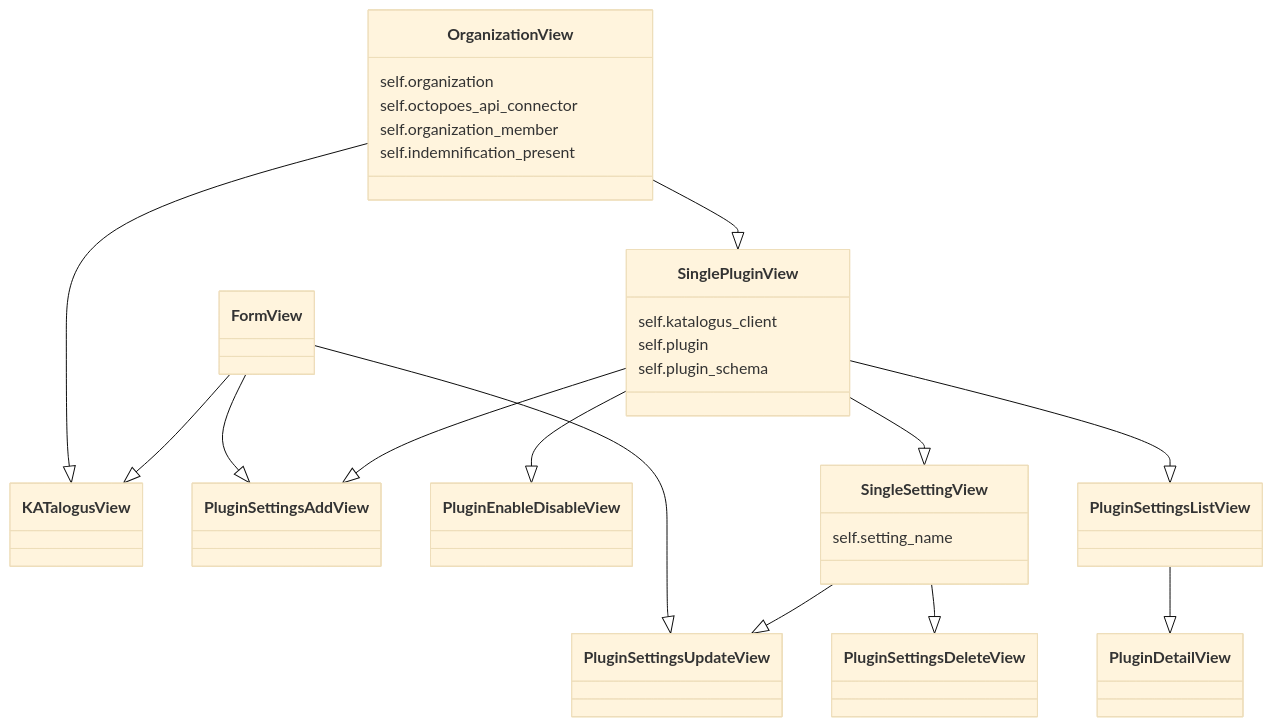
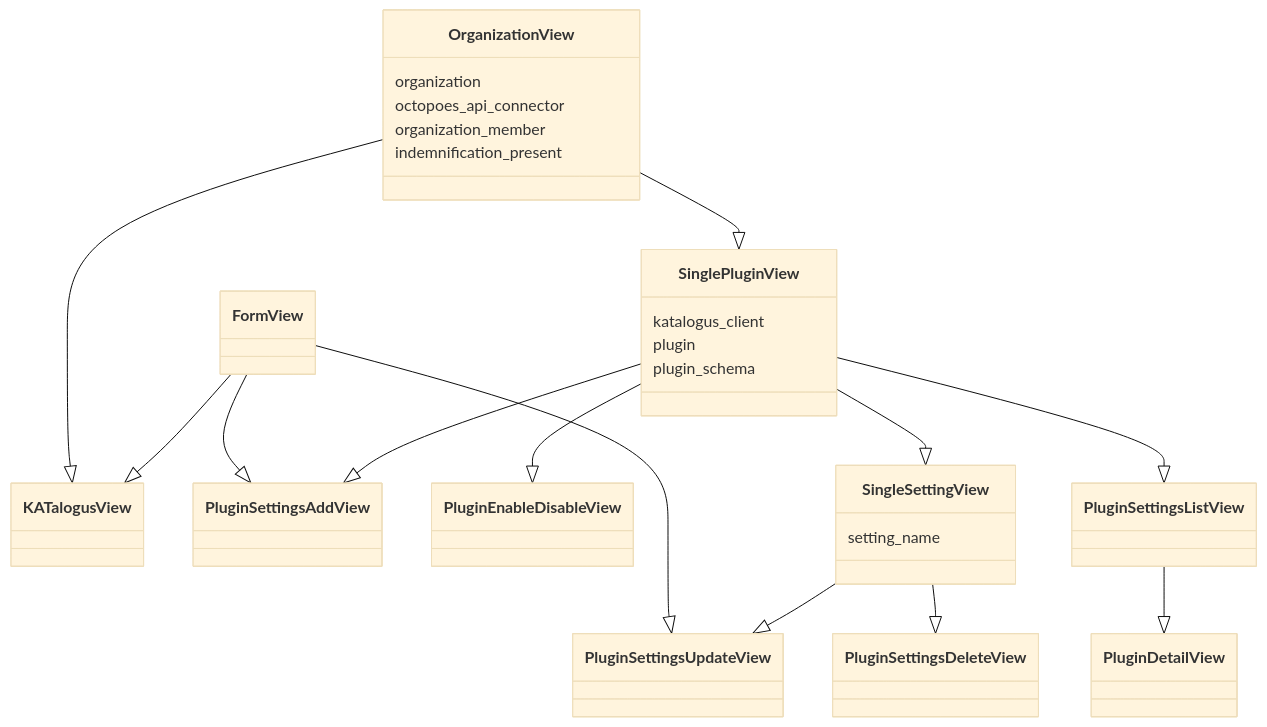
The second of 2 diagrams in rocky/Readme.md (minvws/nl-kat-coordination), drawn with Mermaid before and after one commit.

Commit message:
Remove "self." from diagram

````diff
--- a/rocky/Readme.md
+++ b/rocky/Readme.md
@@ -100,42 +100,42 @@
 ```mermaid
 %%{ init : {"theme" : "base"}}%%
 
 classDiagram
 direction BT
     class FormView
     class OrganizationView
     class SinglePluginView
     class KATalogusView
     class PluginSettingsAddView
     class PluginEnableDisableView
     class SingleSettingView
     class PluginSettingsListView
     
-    OrganizationView : self.organization
-    OrganizationView : self.octopoes_api_connector
-    OrganizationView : self.organization_member
-    OrganizationView : self.indemnification_present
+    OrganizationView : organization
+    OrganizationView : octopoes_api_connector
+    OrganizationView : organization_member
+    OrganizationView : indemnification_present
      
-    SinglePluginView : self.katalogus_client
-    SinglePluginView : self.plugin
-    SinglePluginView : self.plugin_schema
+    SinglePluginView : katalogus_client
+    SinglePluginView : plugin
+    SinglePluginView : plugin_schema
     
-    SingleSettingView : self.setting_name
+    SingleSettingView : setting_name
     
     class PluginSettingsUpdateView
     class PluginSettingsDeleteView
     class PluginDetailView
 
     KATalogusView  <|--  OrganizationView
     KATalogusView  <|--  FormView
     SinglePluginView  <|--  OrganizationView
     SingleSettingView  <|--  SinglePluginView
     PluginDetailView  <|--  PluginSettingsListView
     PluginEnableDisableView  <|--  SinglePluginView
     PluginSettingsAddView  <|--  FormView
     PluginSettingsAddView  <|--  SinglePluginView
     PluginSettingsDeleteView  <|--  SingleSettingView
     PluginSettingsUpdateView  <|--  FormView
     PluginSettingsUpdateView  <|--  SingleSettingView
     PluginSettingsListView  <|--  SinglePluginView
 ```
````
